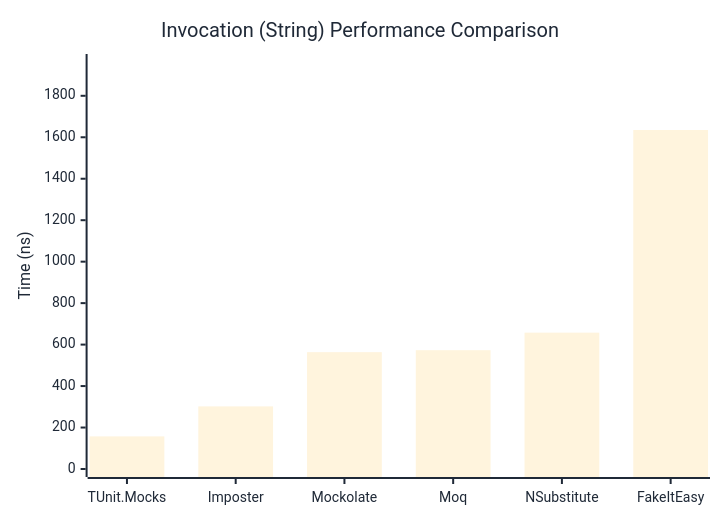
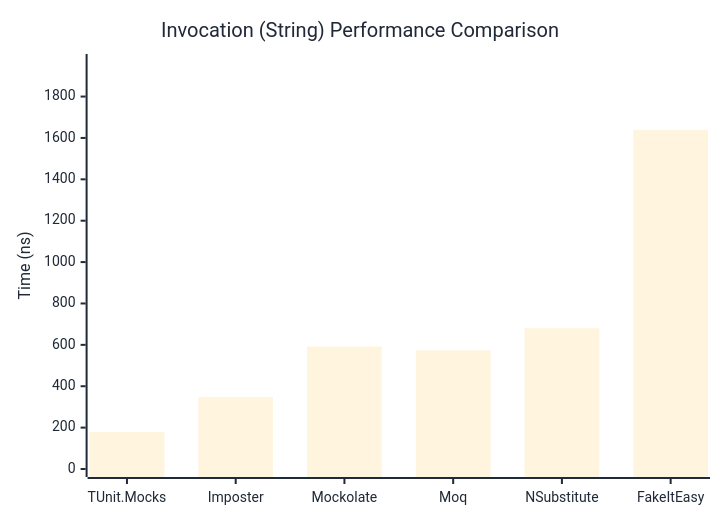
One commit to thomhurst/TUnit changed the second of 3 diagrams in docs/docs/benchmarks/mocks/Invocation.md. Above: the diagram before and after it, drawn with Mermaid. The commit also changed other lines of this file and 14 other files, not shown here.

````diff
--- a/docs/docs/benchmarks/mocks/Invocation.md
+++ b/docs/docs/benchmarks/mocks/Invocation.md
@@ -69,27 +69,27 @@
 ```mermaid
 %%{init: {
   'theme':'base',
   'themeVariables': {
     'primaryColor': '#2563eb',
     'primaryTextColor': '#1f2937',
     'primaryBorderColor': '#1e40af',
     'lineColor': '#6b7280',
     'secondaryColor': '#7c3aed',
     'tertiaryColor': '#dc2626',
     'background': '#ffffff',
     'pie1': '#2563eb',
     'pie2': '#7c3aed',
     'pie3': '#dc2626',
     'pie4': '#f59e0b',
     'pie5': '#10b981',
     'pie6': '#06b6d4',
     'pie7': '#ec4899',
     'pie8': '#6366f1'
   }
 }}%%
 xychart-beta
   title "Invocation (String) Performance Comparison"
   x-axis ["TUnit.Mocks", "Imposter", "Mockolate", "Moq", "NSubstitute", "FakeItEasy"]
-  y-axis "Time (ns)" 0 --> 1963
-  bar [157.3, 302, 563.5, 573, 657.6, 1635.1]
+  y-axis "Time (ns)" 0 --> 1967
+  bar [179, 347.6, 591.6, 573.2, 680.1, 1638.9]
 ```
````
